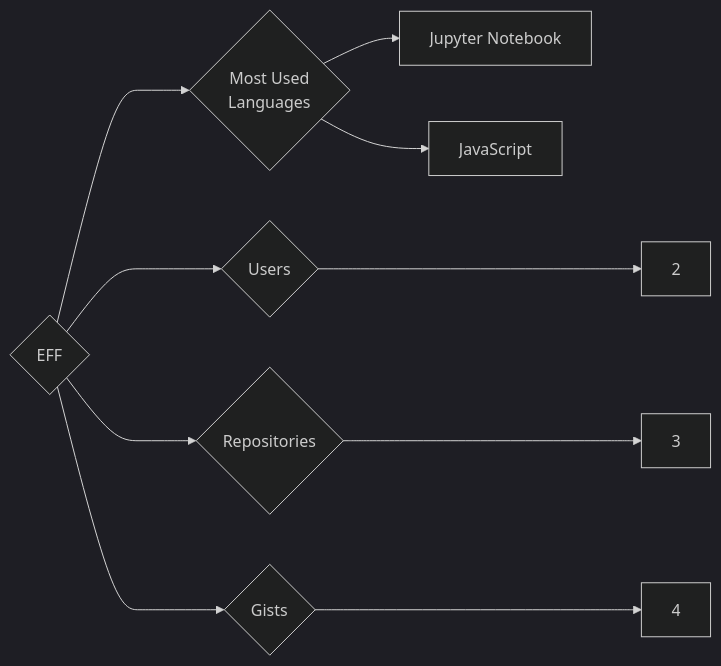
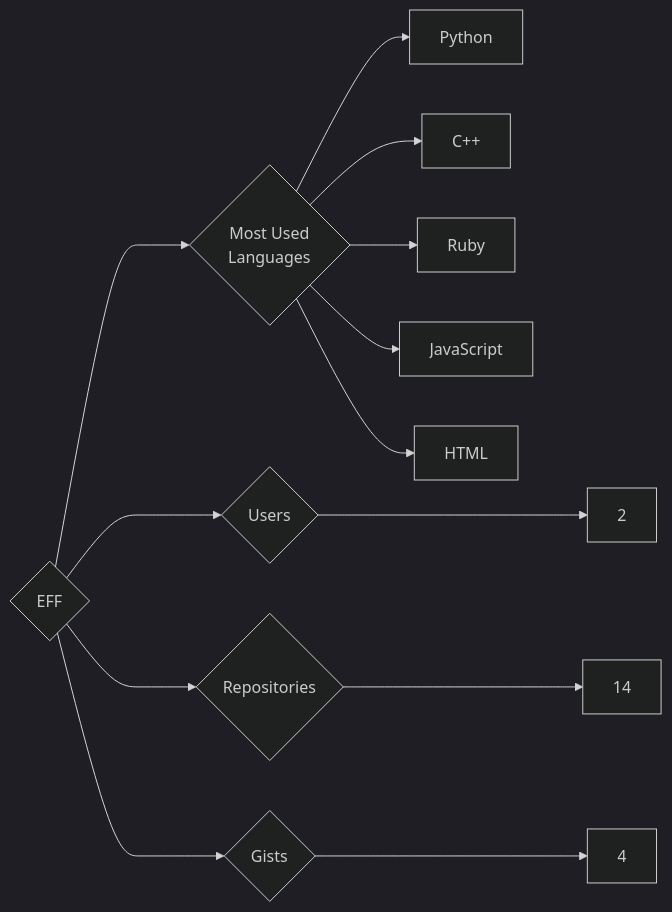
The diagram in targets/EFF/README.md (trickest/insiders), drawn with Mermaid (dark theme) before and after one commit. The commit also changed 1007 other files, not shown here.

````diff
--- a/targets/EFF/README.md
+++ b/targets/EFF/README.md
@@ -3,10 +3,13 @@
 ```mermaid
 graph LR
 COMPANY_NAME{EFF}
 COMPANY_NAME ---> U{Users} ---> UN[2]
-COMPANY_NAME ---> R{Repositories} ---> RN[3]
+COMPANY_NAME ---> R{Repositories} ---> RN[14]
 COMPANY_NAME ---> G{Gists} ---> GN[4]
 COMPANY_NAME ---> ML{Most Used<br>Languages}
-ML --> Jupyter_Notebook[Jupyter Notebook]
+ML --> Python[Python]
+ML --> C++[C++]
+ML --> Ruby[Ruby]
 ML --> JavaScript[JavaScript]
+ML --> HTML[HTML]
 ```
````
